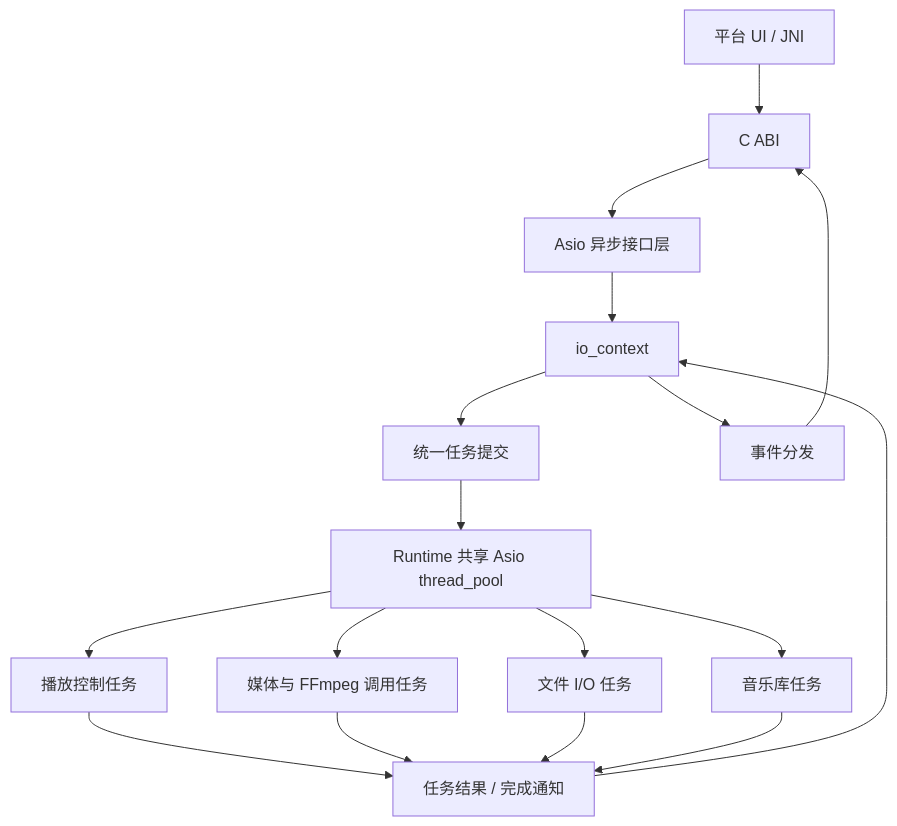
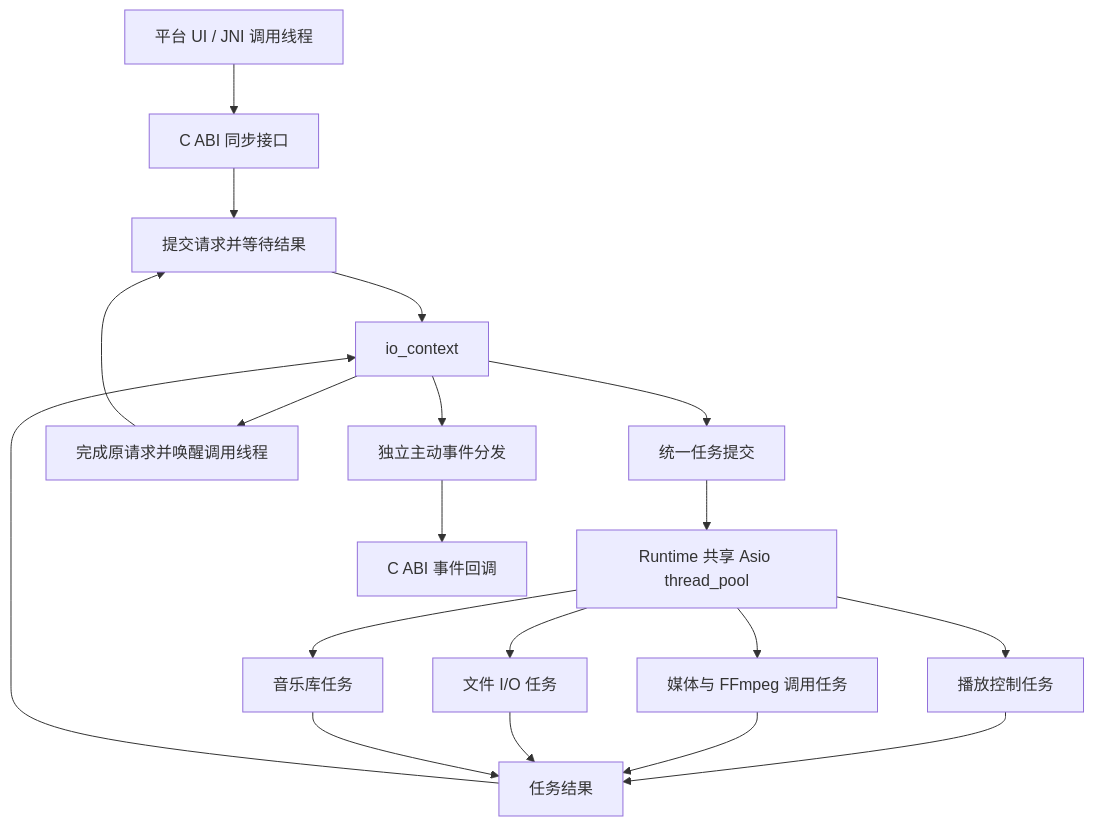
The fifth of 7 diagrams in docs/ARCHITECTURE.md (kerlfx/LNAudio), drawn with Mermaid before and after one commit. The commit also changed other lines of this file, not shown here.

Commit message:
Clarify synchronous C ABI and shared async execution model

```diff
--- a/docs/ARCHITECTURE.md
+++ b/docs/ARCHITECTURE.md
@@ -327,19 +327,21 @@
 ~~~mermaid
 flowchart TD
-    A[平台 UI / JNI] --> B[C ABI]
-    B --> C[Asio 异步接口层]
+    A[平台 UI / JNI 调用线程] --> B[C ABI 同步接口]
+    B --> C[提交请求并等待结果]
     C --> D[io_context]
     D --> E[统一任务提交]
     E --> F[Runtime 共享 Asio thread_pool]
     F --> G[播放控制任务]
     F --> H[媒体与 FFmpeg 调用任务]
     F --> I[文件 I/O 任务]
     F --> J[音乐库任务]
-    G --> K[任务结果 / 完成通知]
+    G --> K[任务结果]
     H --> K
     I --> K
     J --> K
     K --> D
-    D --> L[事件分发]
-    L --> B
+    D --> L[完成原请求并唤醒调用线程]
+    L --> C
+    D --> M[独立主动事件分发]
+    M --> N[C ABI 事件回调]
 ~~~
```
